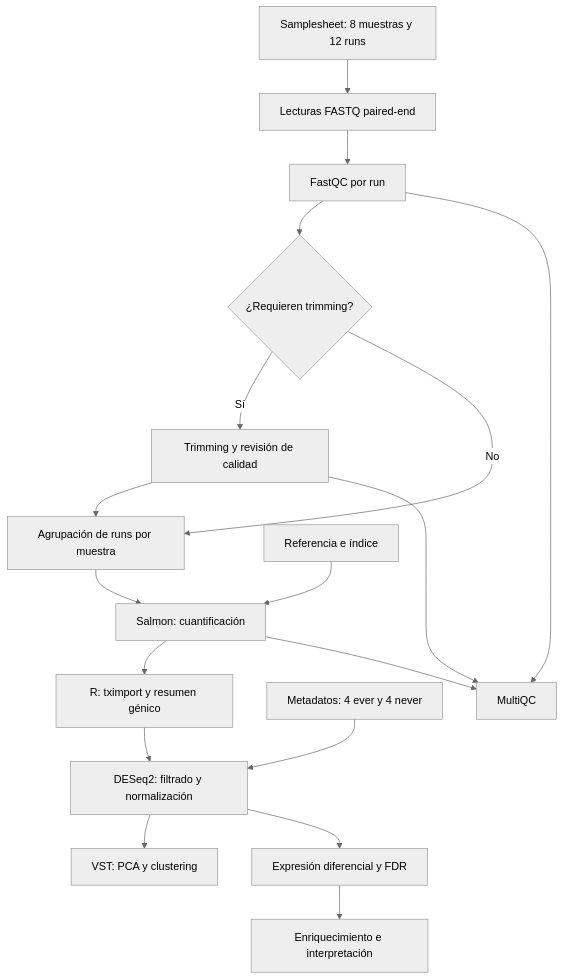
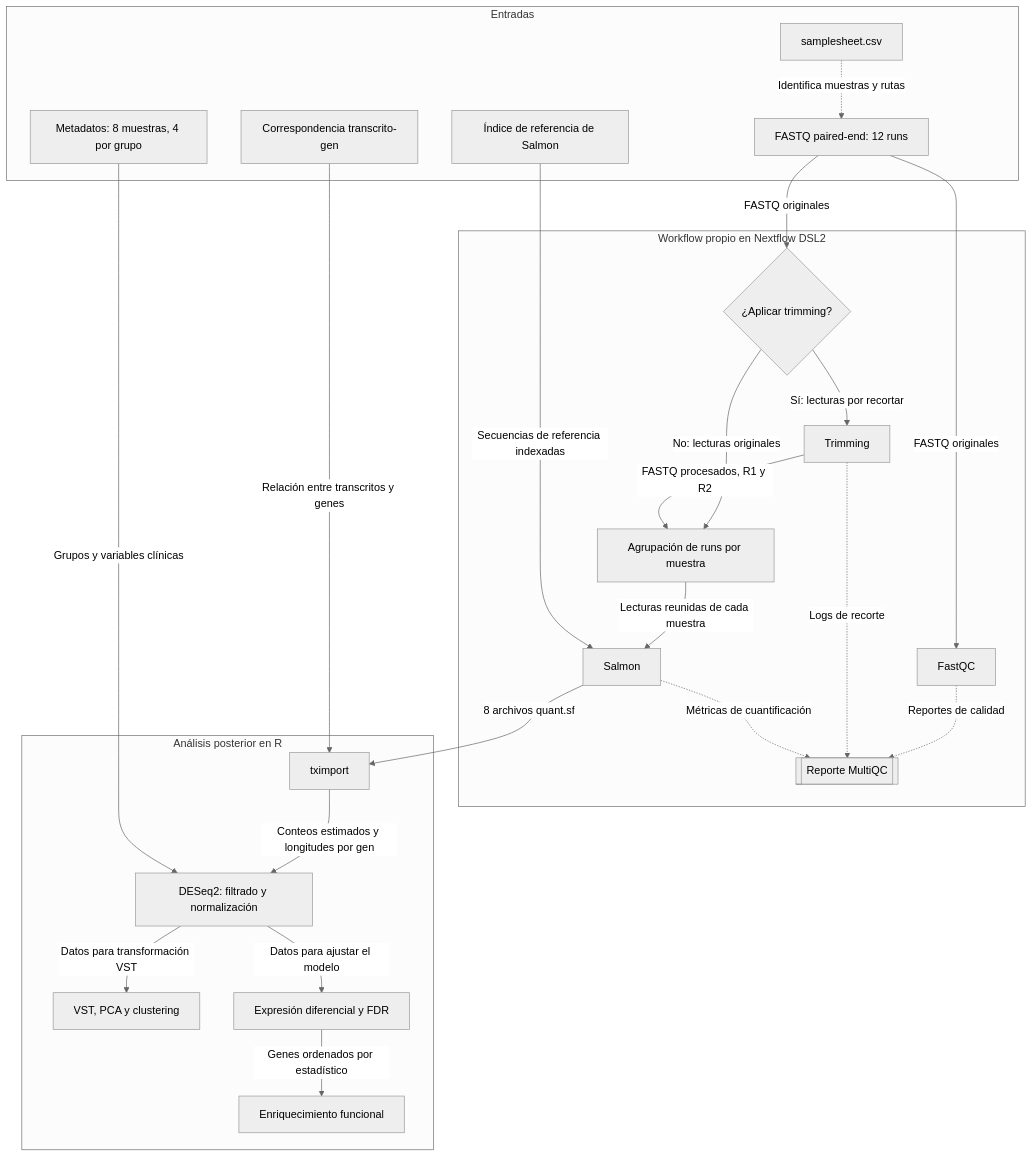
The diagram in docs/workflow.md (javcanelo/cancer_oral_tabaco), drawn with Mermaid (neutral theme) before and after one commit. The commit also changed other lines of this file, not shown here.

Commit message:
actualizacion diagrama con entradas y salidas del workflow

````diff
--- a/docs/workflow.md
+++ b/docs/workflow.md
@@ -6,20 +6,51 @@
 ```mermaid
 flowchart TD
-    A["Samplesheet: 8 muestras y 12 runs"] --> B["Lecturas FASTQ paired-end"]
-    B --> C["FastQC por run"]
-    C --> D{"¿Requieren trimming?"}
-    D -->|Sí| E["Trimming y revisión de calidad"]
-    D -->|No| F["Agrupación de runs por muestra"]
-    E --> F
-    F --> G["Salmon: cuantificación"]
-    R["Referencia e índice"] --> G
-    G --> H["R: tximport y resumen génico"]
-    M["Metadatos: 4 ever y 4 never"] --> I["DESeq2: filtrado y normalización"]
-    H --> I
-    I --> J["VST: PCA y clustering"]
-    I --> K["Expresión diferencial y FDR"]
-    K --> L["Enriquecimiento e interpretación"]
-    C --> Q["MultiQC"]
-    E --> Q
-    G --> Q
+    subgraph Entradas ["Entradas"]
+        A["samplesheet.csv"]
+        B["FASTQ paired-end: 12 runs"]
+        R["Índice de referencia de Salmon"]
+        T["Correspondencia transcrito-gen"]
+        M["Metadatos: 8 muestras, 4 por grupo"]
+    end
+
+    subgraph NF ["Workflow propio en Nextflow DSL2"]
+        C["FastQC"]
+        D{"¿Aplicar trimming?"}
+        E["Trimming"]
+        F["Agrupación de runs por muestra"]
+        G["Salmon"]
+        Q[["Reporte MultiQC"]]
+    end
+
+    subgraph Analisis ["Análisis posterior en R"]
+        H["tximport"]
+        I["DESeq2: filtrado y normalización"]
+        J["VST, PCA y clustering"]
+        K["Expresión diferencial y FDR"]
+        L["Enriquecimiento funcional"]
+    end
+
+    A -. "Identifica muestras y rutas" .-> B
+    B -- "FASTQ originales" --> C
+    B -- "FASTQ originales" --> D
+
+    D -- "Sí: lecturas por recortar" --> E
+    D -- "No: lecturas originales" --> F
+    E -- "FASTQ procesados, R1 y R2" --> F
+
+    F -- "Lecturas reunidas de cada muestra" --> G
+    R -- "Secuencias de referencia indexadas" --> G
+
+    C -. "Reportes de calidad" .-> Q
+    E -. "Logs de recorte" .-> Q
+    G -. "Métricas de cuantificación" .-> Q
+
+    G -- "8 archivos quant.sf" --> H
+    T -- "Relación entre transcritos y genes" --> H
+    H -- "Conteos estimados y longitudes por gen" --> I
+    M -- "Grupos y variables clínicas" --> I
+
+    I -- "Datos para transformación VST" --> J
+    I -- "Datos para ajustar el modelo" --> K
+    K -- "Genes ordenados por estadístico" --> L
 ```
````
